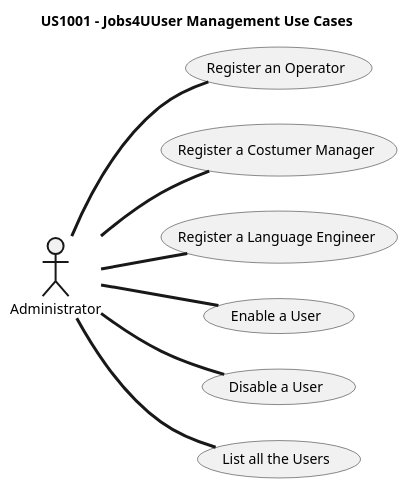
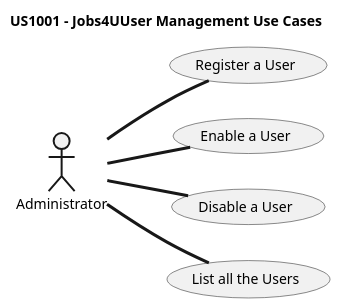
Before and after one commit to marcoferreira37/Lapr4: the diagram in docs/sprintB/1000/UCD/US1000_UCD.puml, drawn with PlantUML. The commit also changed 7 other files, not shown here.

```diff
--- a/docs/sprintB/1000/UCD/US1000_UCD.puml
+++ b/docs/sprintB/1000/UCD/US1000_UCD.puml
@@ -1,26 +1,23 @@
 @startuml
 
 left to right direction
 title US1001 - Jobs4UUser Management Use Cases
 skinparam titleBorderRoundCorner 20
 skinparam titleBorderThickness 2
 skinparam arrowThickness 3
 
 '**********Manager Use cases*************
 :Administrator: as ADM
 
-Usecase MU01 as "Register an Operator"
-Usecase MU02 as "Register a Costumer Manager"
-Usecase MU03 as "Register a Language Engineer"
-Usecase MU04 as "Enable a User"
-Usecase MU05 as "Disable a User"
-Usecase MU06 as "List all the Users"
+Usecase MU01 as "Register a User"
+Usecase MU02 as "Enable a User"
+Usecase MU03 as "Disable a User"
+Usecase MU04 as "List all the Users"
 
 ADM -d- MU01
 ADM -d- MU02
 ADM -d- MU03
 ADM -d- MU04
-ADM -d- MU05
-ADM -d- MU06
+
 
 @enduml
```
